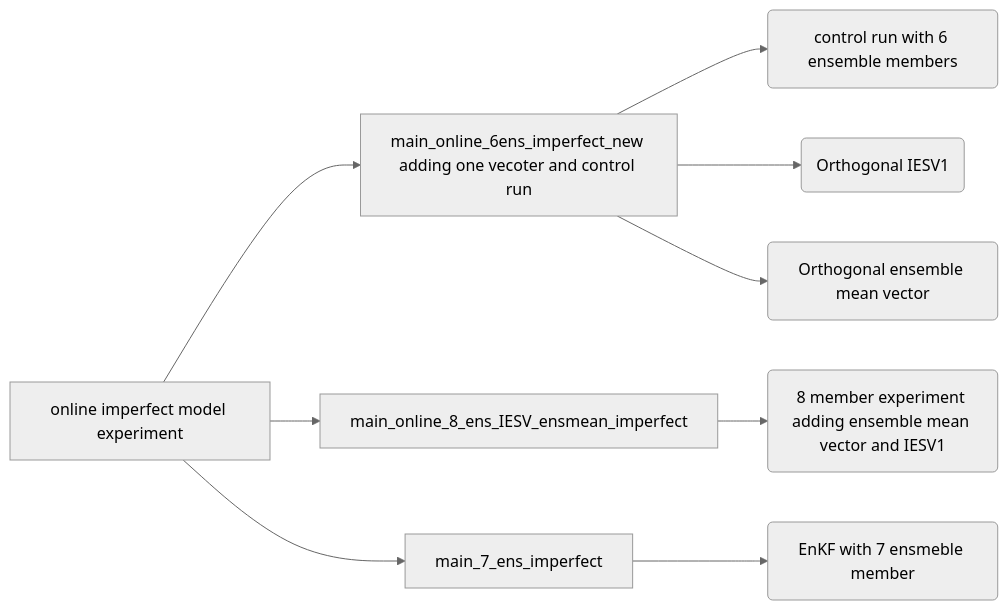
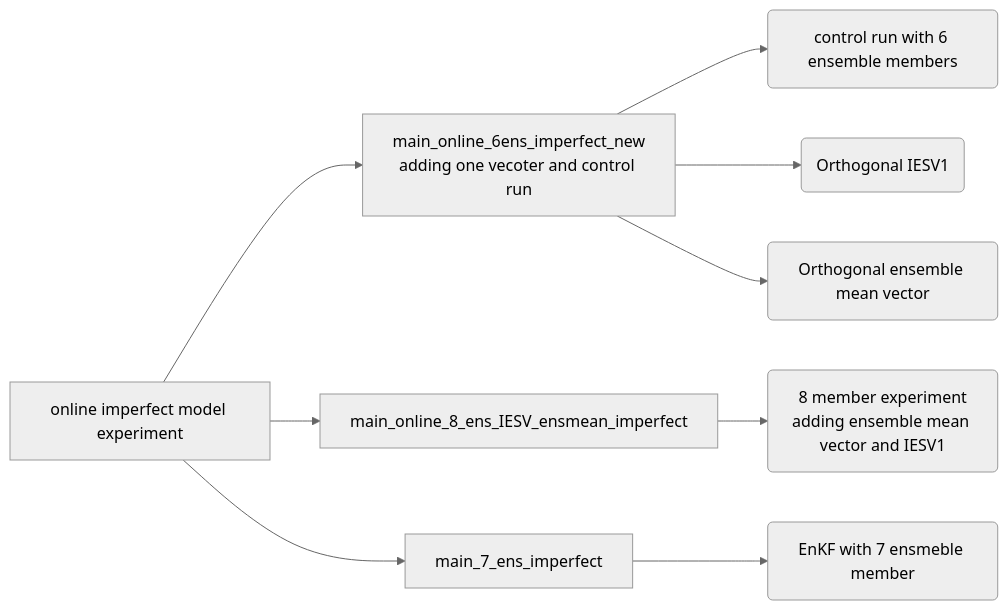
One commit to yungyun0721/orthogonal_vector_code changed the third of 3 diagrams in readme.md. Above: the diagram before and after it, drawn with Mermaid (neutral theme). The commit also changed other lines of this file, not shown here.

````diff
--- a/readme.md
+++ b/readme.md
@@ -54,14 +54,14 @@
 ```mermaid
 graph LR;
 st[online imperfect model experiment]-->a1
-a1[main_online_6ens_imperfect_new adding one vecoter and control run]
+a1[main_online_6ens_imperfect_new<br>adding one vecoter and control run]
 a1-->b1(control run with 6 ensemble members)
 a1-->b2(Orthogonal IESV1)
 a1-->b3(Orthogonal ensemble mean vector)
 st[online imperfect model experiment]-->a2
 a2[main_online_8_ens_IESV_ensmean_imperfect]
-a2-->b4(8 member experiment adding ensemble mean vector and IESV1)
+a2-->b4(8 member experiment<br>adding ensemble mean vector and IESV1)
 st[online imperfect model experiment]-->a3
 a3[main_7_ens_imperfect]
 a3-->b5(EnKF with 7 ensmeble member)
 ```
````
